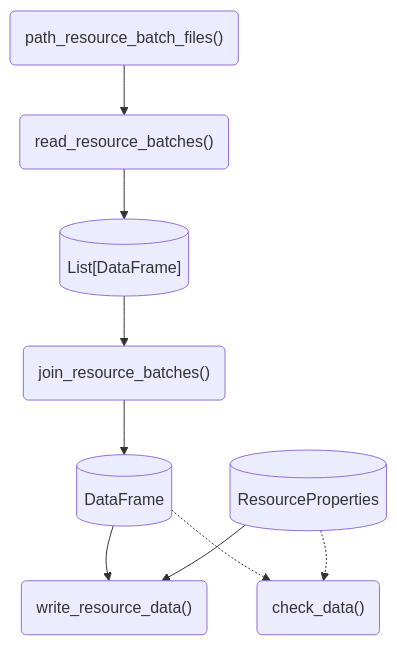
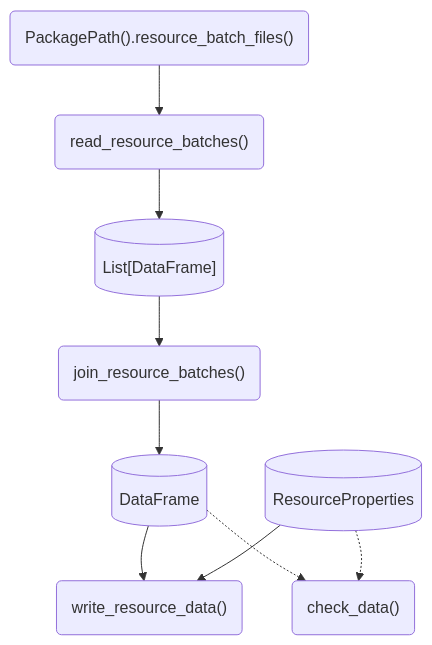
Before and after one commit to signekb/seedcase-sprout: the ninth of 10 diagrams in docs/design/interface/flows.qmd, drawn with Mermaid. The commit also changed other lines of this file and 17 other files, not shown here.

````diff
--- a/docs/design/interface/flows.qmd
+++ b/docs/design/interface/flows.qmd
@@ -292,23 +292,23 @@
 ```{mermaid}
 %%| label: fig-flow-create-resource-data
 %%| fig-cap: "Diagram showing the flow of objects and functions to create or re-create the resource data."
 %%| fig-alt: "A flow diagram showing the steps to create or re-create the resource data."
 flowchart
-    path_resource_batch_files("path_resource_batch_files()")
+    path_resource_batch_files("PackagePath().resource_batch_files()")
     read_resource_batches("read_resource_batches()")
     list_data[("List[DataFrame]")]
     join_resource_batches("join_resource_batches()")
     joined_data[(DataFrame)]
     write_resource_data("write_resource_data()")
     resource_properties[(ResourceProperties)]
     check_data("check_data()")
 
     path_resource_batch_files --> read_resource_batches
     read_resource_batches --> list_data
     list_data --> join_resource_batches
     join_resource_batches --> joined_data
     joined_data --> write_resource_data
     resource_properties --> write_resource_data
     joined_data -.-> check_data
     resource_properties -.-> check_data
 ```
````
